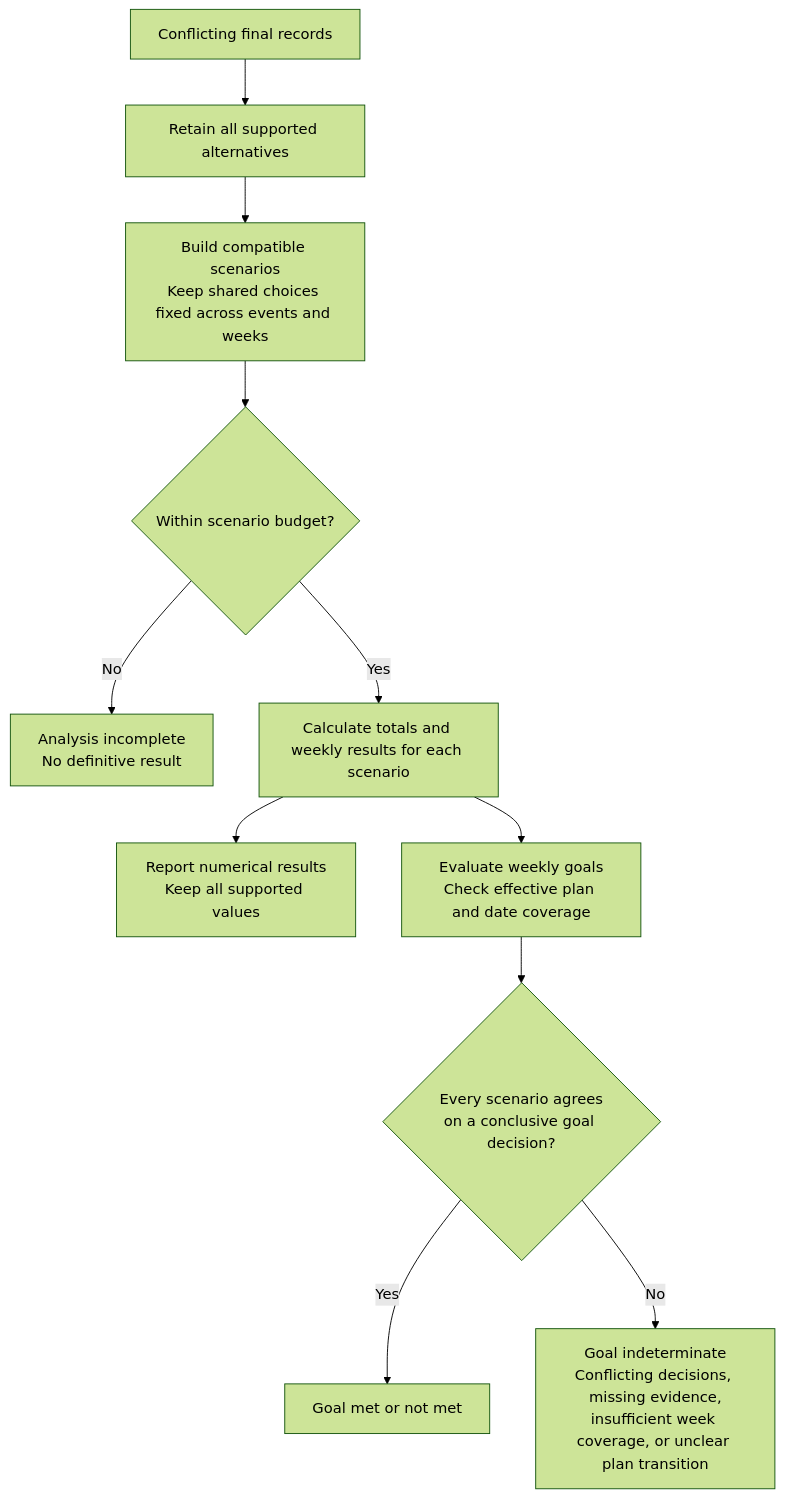
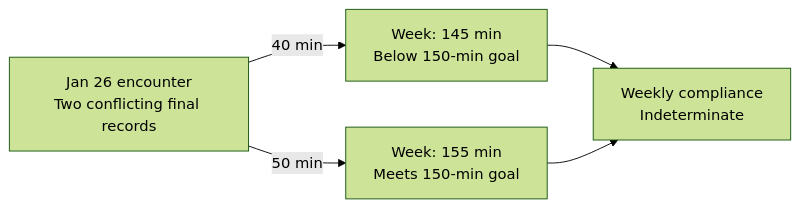
The second of 2 diagrams in README.md (XinhaoTheo/backbone), drawn with Mermaid (forest theme) before and after one commit. The commit also changed other lines of this file, not shown here.

Commit message:
docs: use compact horizontal conflict example

````diff
--- a/README.md
+++ b/README.md
@@ -143,13 +143,7 @@
 ```mermaid
-flowchart TD
-    A["Conflicting final records"] --> B["Retain all supported alternatives"]
-    B --> C["Build compatible scenarios<br/>Keep shared choices fixed across events and weeks"]
-    C --> D{"Within scenario budget?"}
-    D -->|No| E["Analysis incomplete<br/>No definitive result"]
-    D -->|Yes| F["Calculate totals and weekly results for each scenario"]
-    F --> G["Report numerical results<br/>Keep all supported values"]
-    F --> H["Evaluate weekly goals<br/>Check effective plan and date coverage"]
-    H --> I{"Every scenario agrees<br/>on a conclusive goal decision?"}
-    I -->|Yes| J["Goal met or not met"]
-    I -->|No| K["Goal indeterminate<br/>Conflicting decisions, missing evidence,<br/>insufficient week coverage, or unclear plan transition"]
+flowchart LR
+    A["Jan 26 encounter<br/>Two conflicting final records"] -->|40 min| B["Week: 145 min<br/>Below 150-min goal"]
+    A -->|50 min| C["Week: 155 min<br/>Meets 150-min goal"]
+    B --> D["Weekly compliance<br/>Indeterminate"]
+    C --> D
 ```
````
